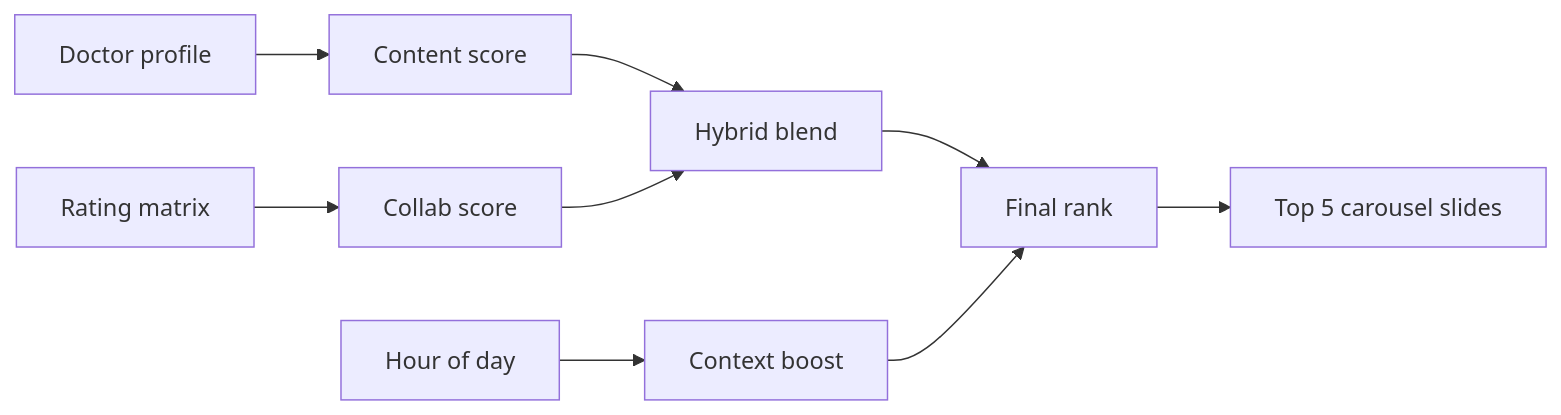
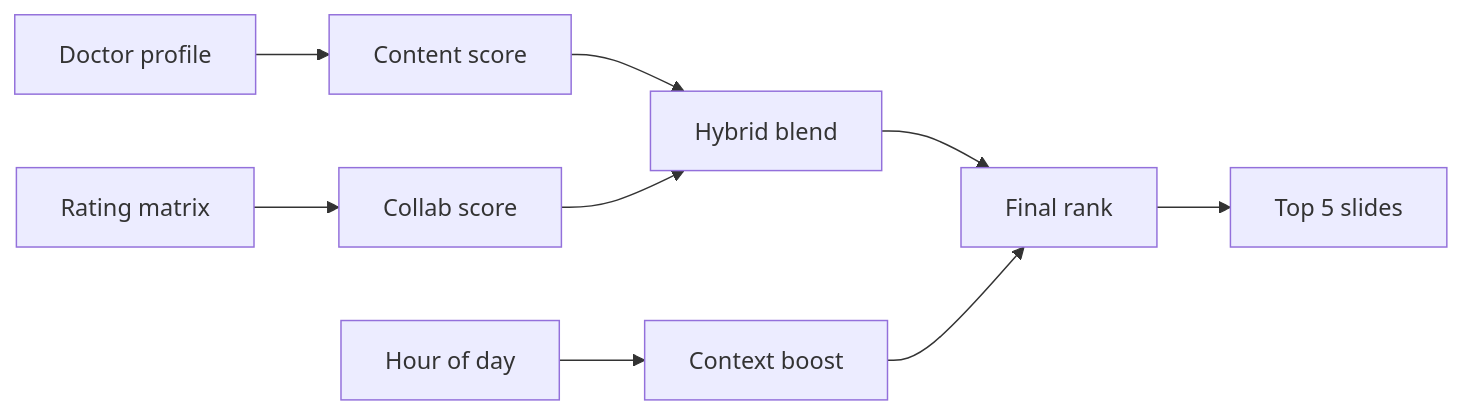
One commit to wasimahmadpk/MedX changed the diagram in README.md. Above: the diagram before and after it, drawn with Mermaid. The commit also changed other lines of this file, not shown here.

````diff
--- a/README.md
+++ b/README.md
@@ -97,11 +113,11 @@
 ```mermaid
 flowchart LR
   A[Doctor profile] --> C[Content score]
   B[Rating matrix] --> S[Collab score]
   C --> H[Hybrid blend]
   S --> H
   T[Hour of day] --> X[Context boost]
   H --> F[Final rank]
   X --> F
-  F --> R[Top 5 carousel slides]
+  F --> R[Top 5 slides]
 ```
````
